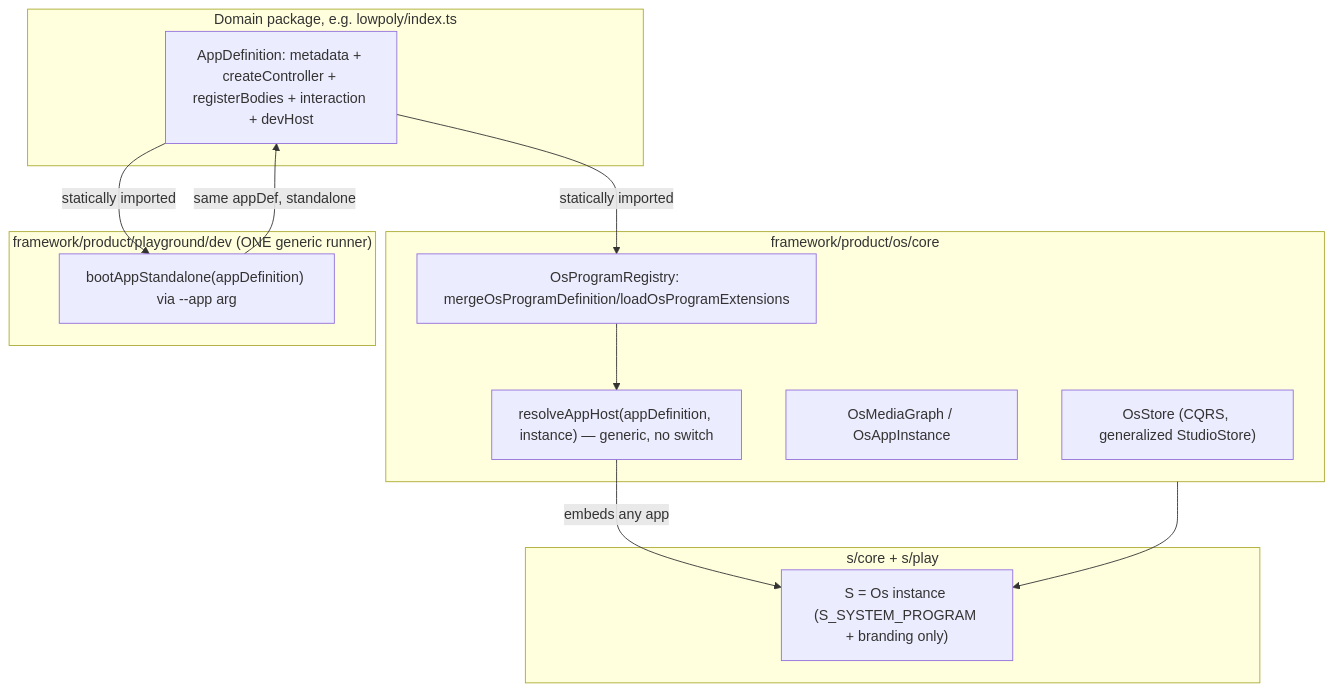
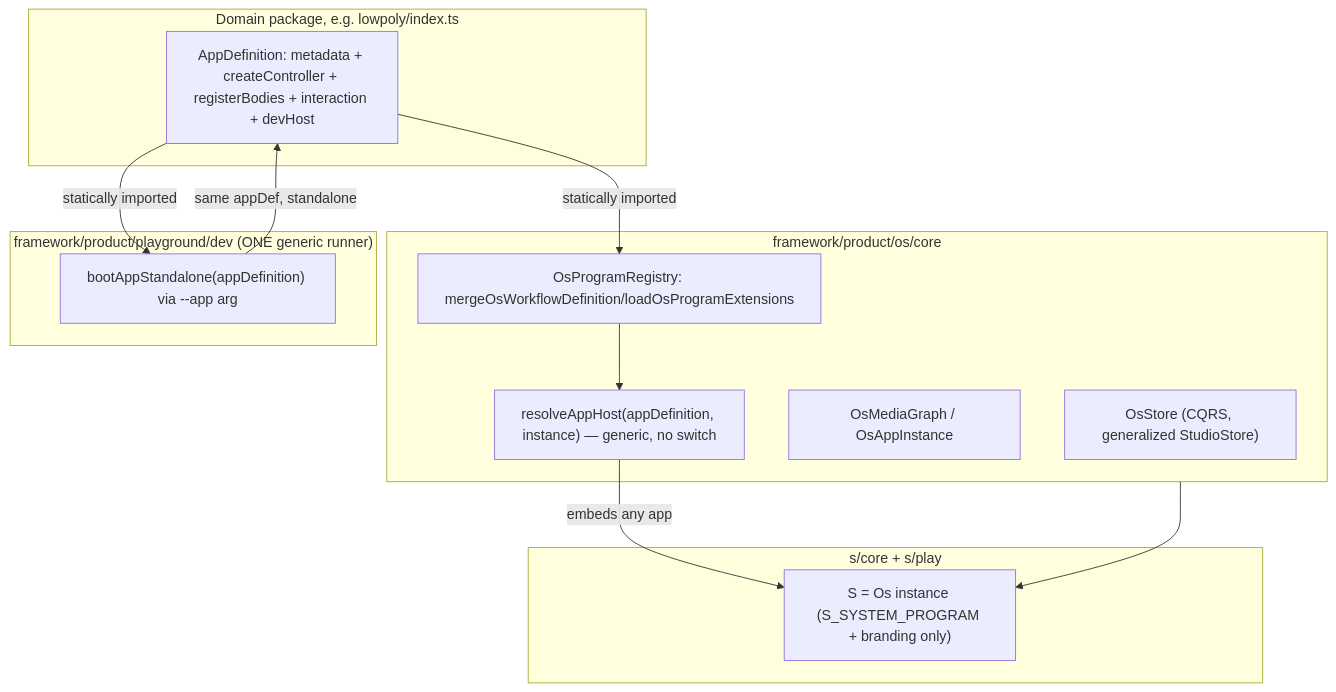
One commit to usalu/semio changed the diagram in .cursor/plans/os_framework_and_composable_apps_857cb11f.plan.md. Above: the diagram before and after it, drawn with Mermaid. The commit also changed other lines of this file and 1361 other files, not shown here.

````diff
--- a/.cursor/plans/os_framework_and_composable_apps_857cb11f.plan.md
+++ b/.cursor/plans/os_framework_and_composable_apps_857cb11f.plan.md
@@ -47,24 +47,24 @@
 ```mermaid
 flowchart TD
     subgraph domainPkg ["Domain package, e.g. lowpoly/index.ts"]
         appDef["AppDefinition: metadata + createController + registerBodies + interaction + devHost"]
     end
     subgraph osCore ["framework/product/os/core"]
         osStore["OsStore (CQRS, generalized StudioStore)"]
         mediaGraph["OsMediaGraph / OsAppInstance"]
-        registry["OsProgramRegistry: mergeOsProgramDefinition/loadOsProgramExtensions"]
+        registry["OsProgramRegistry: mergeOsWorkflowDefinition/loadOsProgramExtensions"]
         hostRouter["resolveAppHost(appDefinition, instance) — generic, no switch"]
     end
     subgraph playgroundDev ["framework/product/playground/dev (ONE generic runner)"]
         runner["bootAppStandalone(appDefinition) via --app arg"]
     end
     subgraph sPkg ["s/core + s/play"]
         sInstance["S = Os instance (S_SYSTEM_PROGRAM + branding only)"]
     end
     appDef -->|"statically imported"| registry
     appDef -->|"statically imported"| runner
     registry --> hostRouter
     osCore --> sInstance
     hostRouter -->|"embeds any app"| sInstance
     runner -->|"same appDef, standalone"| appDef
 ```
````
